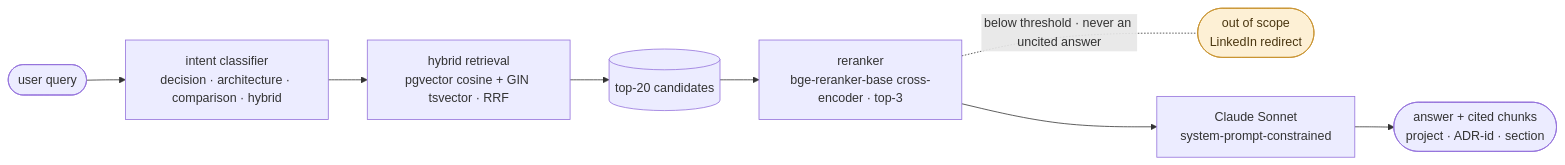
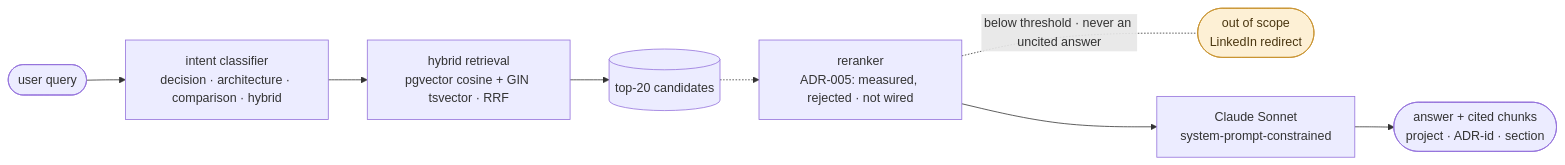
One commit to christiandrocha/data-platform-rag changed the first of 3 diagrams in README.md. Above: the diagram before and after it, drawn with Mermaid. The commit also changed other lines of this file and 18 other files, not shown here.

First line of the commit message:
docs(adr): ADR-005 rejected -- both rerankers dropped a protected path; the stage is reverted

````diff
--- a/README.md
+++ b/README.md
@@ -35,12 +35,12 @@
 ```mermaid
 graph LR
     Q([user query]) --> IC[intent classifier<br/>decision · architecture · comparison · hybrid]
     IC --> HR[hybrid retrieval<br/>pgvector cosine + GIN tsvector · RRF]
     HR --> C[(top-20 candidates)]
-    C --> RR[reranker<br/>bge-reranker-base cross-encoder · top-3]
+    C -.-> RR[reranker<br/>ADR-005: measured, rejected · not wired]
     RR -.below threshold · never an uncited answer.- FB([out of scope<br/>LinkedIn redirect])
     RR --> G[Claude Sonnet<br/>system-prompt-constrained]
     G --> A([answer + cited chunks<br/>project · ADR-id · section])
     class FB gate;
     classDef gate fill:#fdf0d5,stroke:#c8922e,color:#4a3610;
 ```
````
